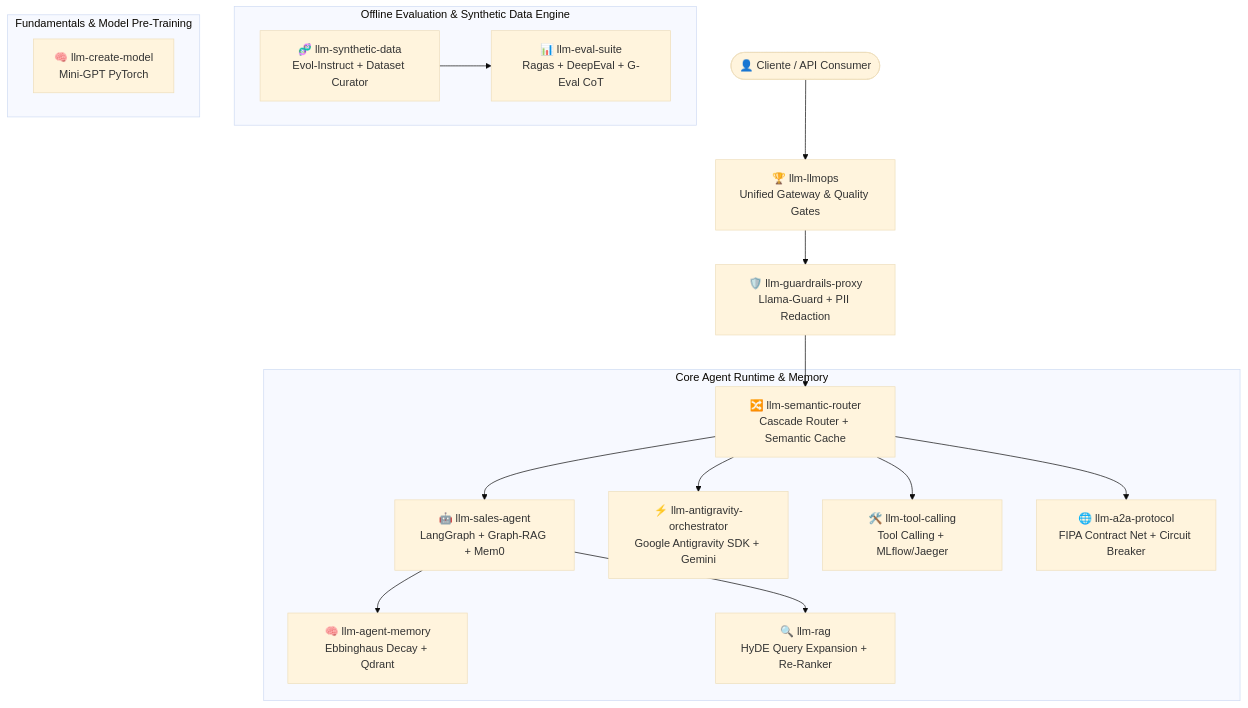
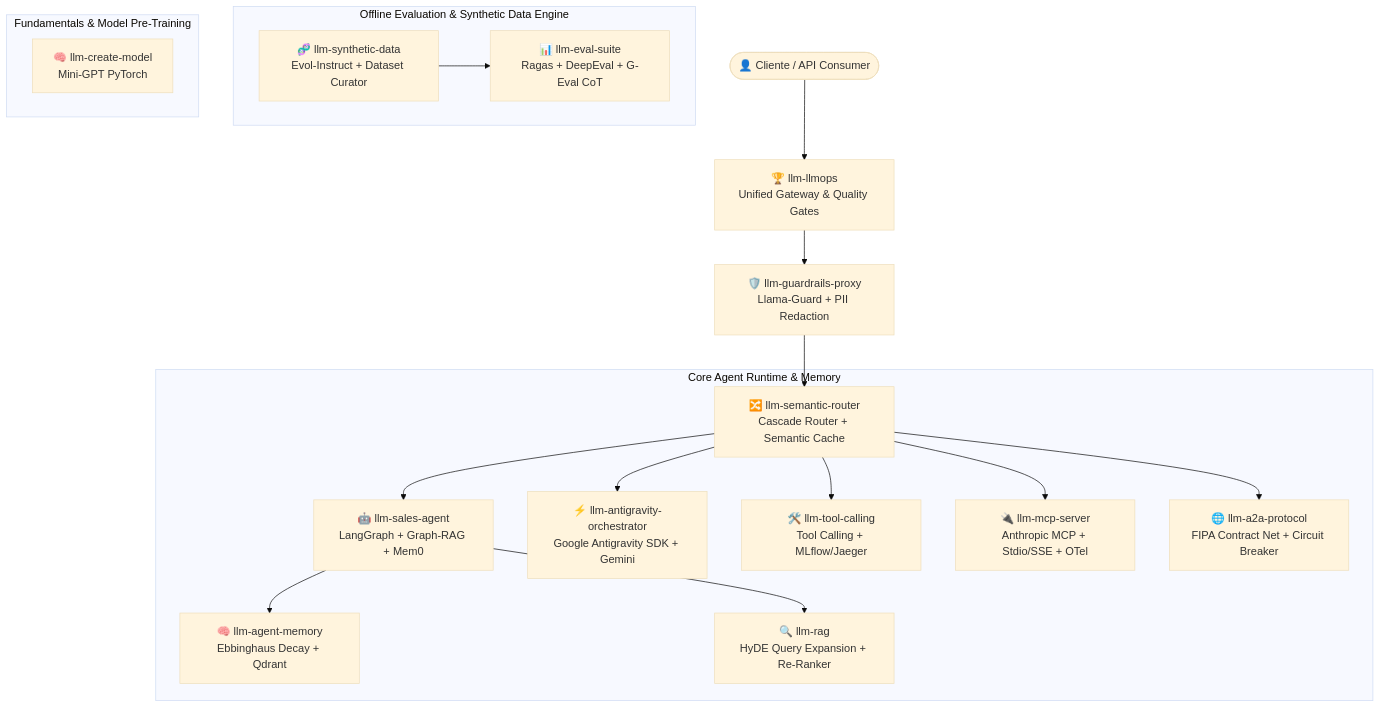
Before and after one commit to cayoesn/cayoesn: the diagram in README.md, drawn with Mermaid (base theme). The commit also changed other lines of this file, not shown here.

First line of the commit message:
docs(portfolio): add llm-mcp-server as 13th microservice in ecosystem

````diff
--- a/README.md
+++ b/README.md
@@ -24,24 +24,25 @@
 ```mermaid
 graph TD
     Client([👤 Cliente / API Consumer]) --> LLMOpsGateway[🏆 llm-llmops<br/>Unified Gateway & Quality Gates]
     LLMOpsGateway --> Guardrails[🛡️ llm-guardrails-proxy<br/>Llama-Guard + PII Redaction]
     Guardrails --> Router[🔀 llm-semantic-router<br/>Cascade Router + Semantic Cache]
     
     subgraph "Core Agent Runtime & Memory"
         Router --> SalesAgent[🤖 llm-sales-agent<br/>LangGraph + Graph-RAG + Mem0]
         Router --> Orchestrator[⚡ llm-antigravity-orchestrator<br/>Google Antigravity SDK + Gemini]
         Router --> ToolCalling[🛠️ llm-tool-calling<br/>Tool Calling + MLflow/Jaeger]
+        Router --> MCPServer[🔌 llm-mcp-server<br/>Anthropic MCP + Stdio/SSE + OTel]
         Router --> A2A[🌐 llm-a2a-protocol<br/>FIPA Contract Net + Circuit Breaker]
         
         SalesAgent --> Memory[🧠 llm-agent-memory<br/>Ebbinghaus Decay + Qdrant]
         SalesAgent --> RAG[🔍 llm-rag<br/>HyDE Query Expansion + Re-Ranker]
     end
 
     subgraph "Offline Evaluation & Synthetic Data Engine"
         Synthetic[🧬 llm-synthetic-data<br/>Evol-Instruct + Dataset Curator] --> Eval[📊 llm-eval-suite<br/>Ragas + DeepEval + G-Eval CoT]
     end
 
     subgraph "Fundamentals & Model Pre-Training"
         CreateModel[🧠 llm-create-model<br/>Mini-GPT PyTorch]
     end
 ```
````
